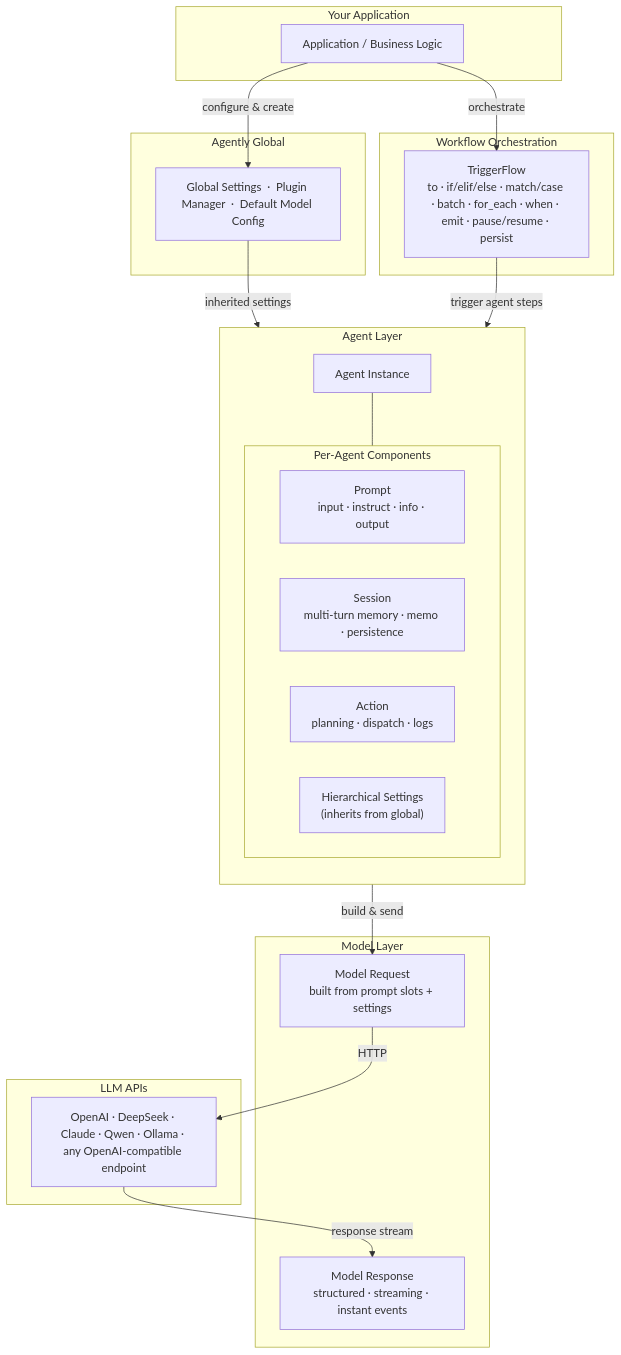
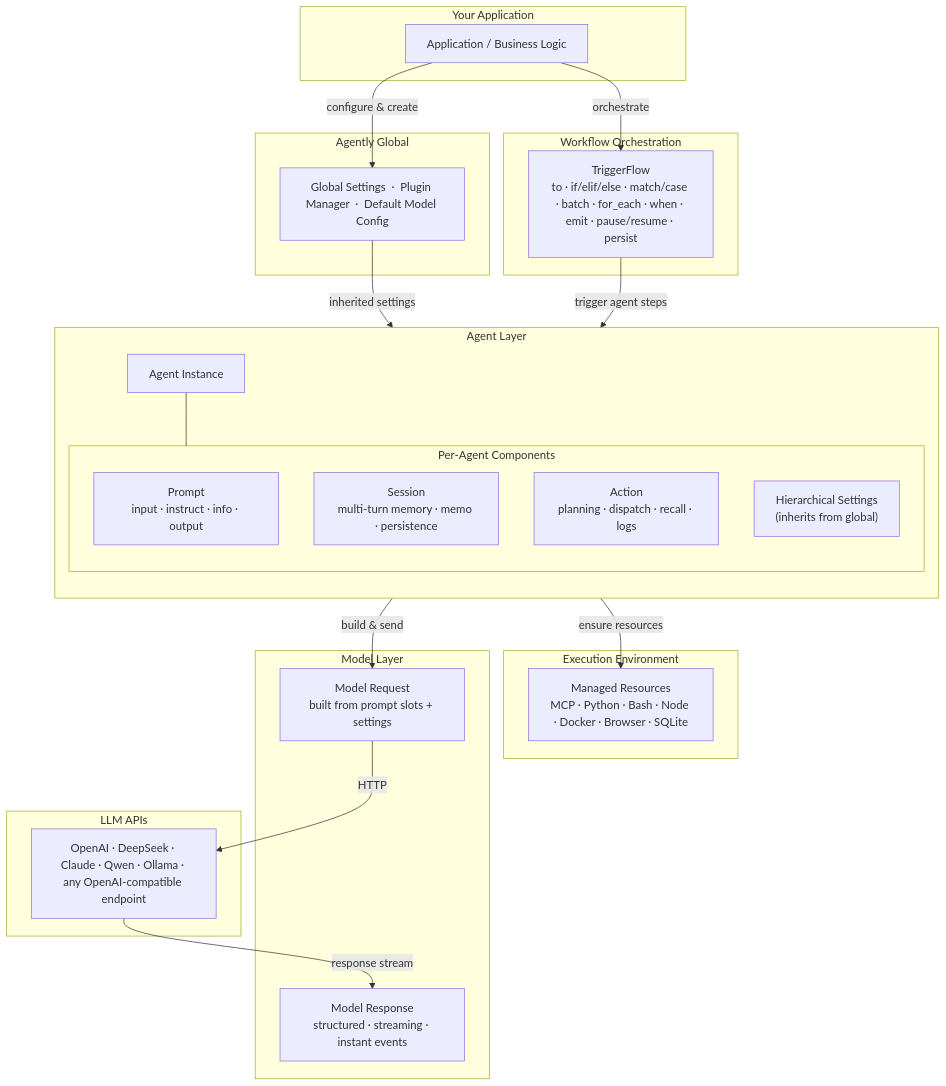
The first of 5 diagrams in README.md (bit-cook/Agently), drawn with Mermaid before and after one commit. The commit also changed other lines of this file and 5 other files, not shown here.

````diff
--- a/README.md
+++ b/README.md
@@ -61,43 +62,48 @@
 ```mermaid
 graph TB
     subgraph APP["Your Application"]
         UserCode["Application / Business Logic"]
     end
 
     subgraph GLOBAL["Agently Global"]
         Global["Global Settings  ·  Plugin Manager  ·  Default Model Config"]
     end
 
     subgraph AGENT["Agent Layer"]
         direction TB
         AgentInst["Agent Instance"]
         subgraph AGENT_INNER["Per-Agent Components"]
             Prompt["Prompt\ninput · instruct · info · output"]
             Session["Session\nmulti-turn memory · memo · persistence"]
-            Action["Action\nplanning · dispatch · logs"]
+            Action["Action\nplanning · dispatch · recall · logs"]
             Settings2["Hierarchical Settings\n(inherits from global)"]
         end
+    end
+
+    subgraph EXEC_ENV["Execution Environment"]
+        Env["Managed Resources\nMCP · Python · Bash · Node · Docker · Browser · SQLite"]
     end
 
     subgraph MODEL["Model Layer"]
         ModelReq["Model Request\nbuilt from prompt slots + settings"]
         ModelResp["Model Response\nstructured · streaming · instant events"]
     end
 
     subgraph WORKFLOW["Workflow Orchestration"]
         TF["TriggerFlow\nto · if/elif/else · match/case · batch · for_each · when · emit · pause/resume · persist"]
     end
 
     subgraph LLMS["LLM APIs"]
         LLMAPIs["OpenAI · DeepSeek · Claude · Qwen · Ollama · any OpenAI-compatible endpoint"]
     end
 
     UserCode -->|"configure & create"| Global
     Global -->|"inherited settings"| AgentInst
     AgentInst --- AGENT_INNER
     AgentInst -->|"build & send"| ModelReq
+    Action -->|"ensure resources"| Env
     ModelReq -->|"HTTP"| LLMAPIs
     LLMAPIs -->|"response stream"| ModelResp
     UserCode -->|"orchestrate"| TF
     TF -->|"trigger agent steps"| AgentInst
 ```
````
